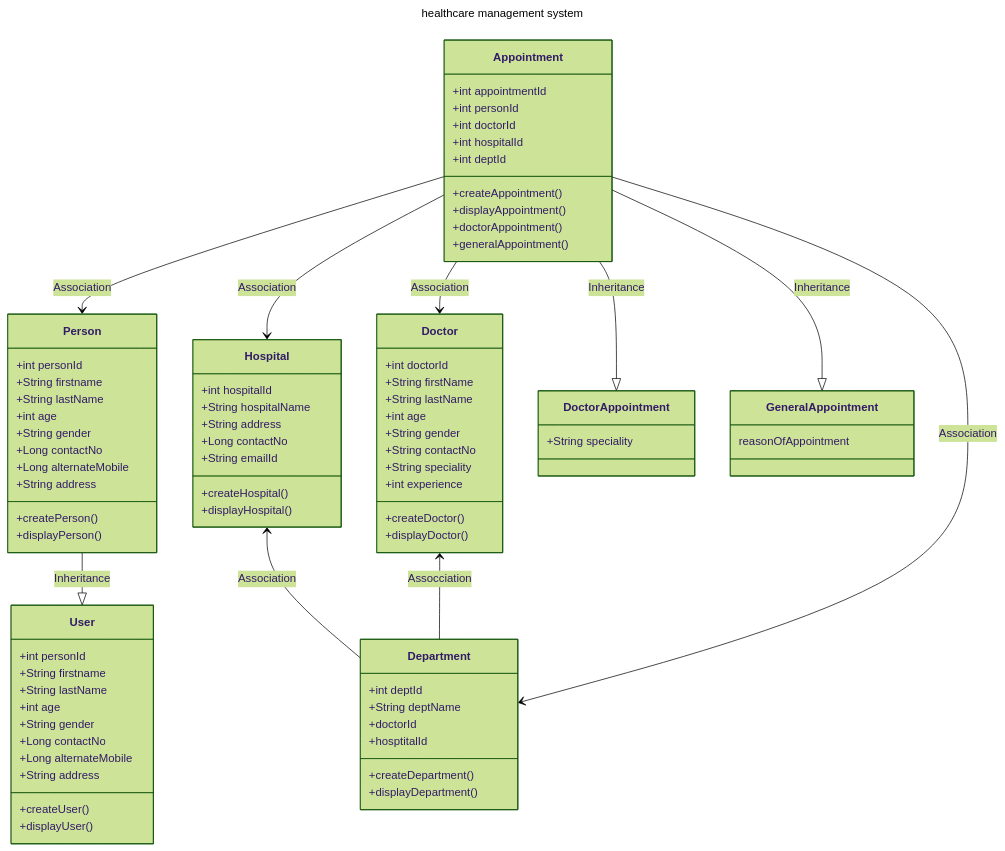
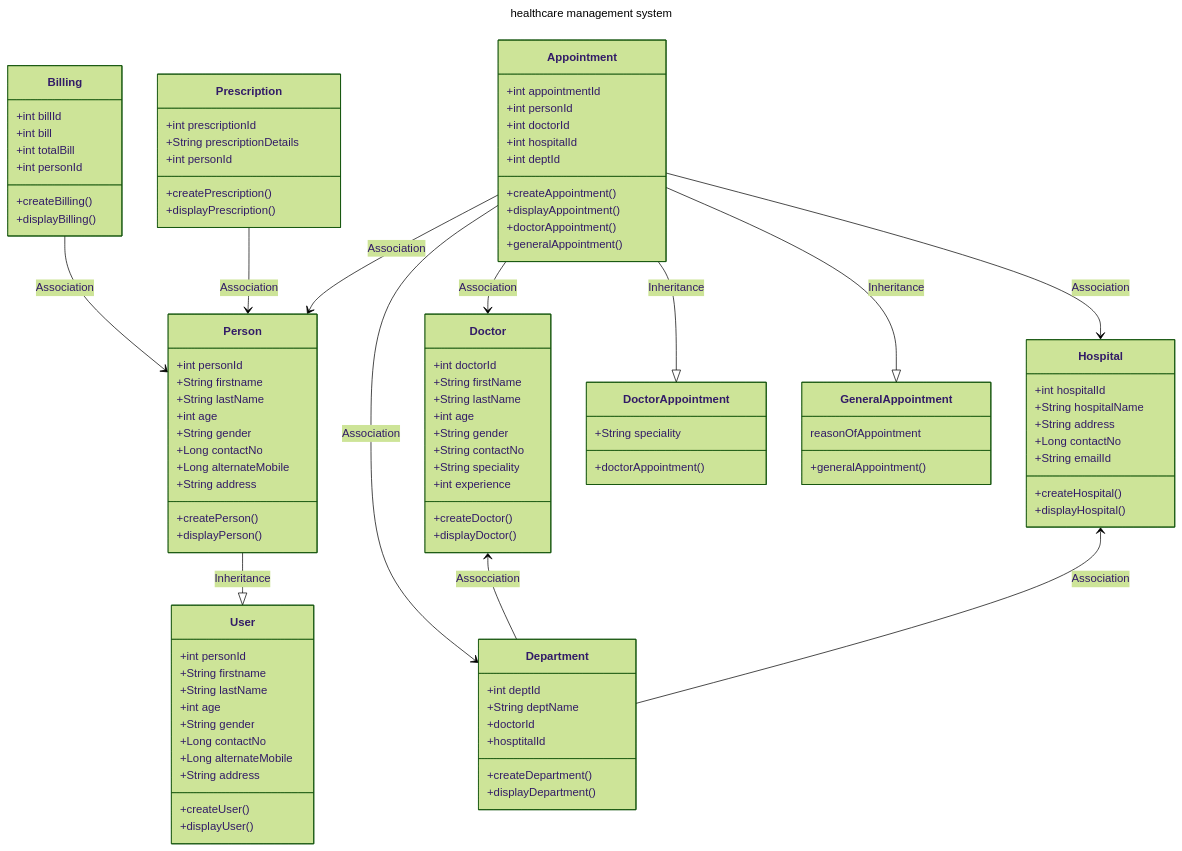
Before and after one commit to Sunildivase/inheritance-healthcare-management-system: the diagram in README.md, drawn with Mermaid (forest theme).

````diff
--- a/README.md
+++ b/README.md
@@ -131,6 +131,14 @@
 Appointment --|> DoctorAppointment : Inheritance
 Appointment --|> GeneralAppointment : Inheritance
 
+class DoctorAppointment{
++doctorAppointment()
+}
+
+class GeneralAppointment{
++generalAppointment()
+}
+
 DoctorAppointment : +String speciality
 
 GeneralAppointment : reasonOfAppointment
@@ -140,5 +148,27 @@
 Appointment --> Hospital : Association
 Appointment --> Department : Association
 
+Prescription : +int prescriptionId
+Prescription : +String prescriptionDetails
+Prescription : +int personId
+
+class Prescription{
++createPrescription()
++displayPrescription()
+}
+
+Prescription --> Person : Association
+
+Billing : +int billId
+Billing : +int bill
+Billing : +int totalBill
+Billing : +int personId
+
+class Billing{
++createBilling()
++displayBilling()
+}
+
+Billing --> Person : Association
 
 ```
````
